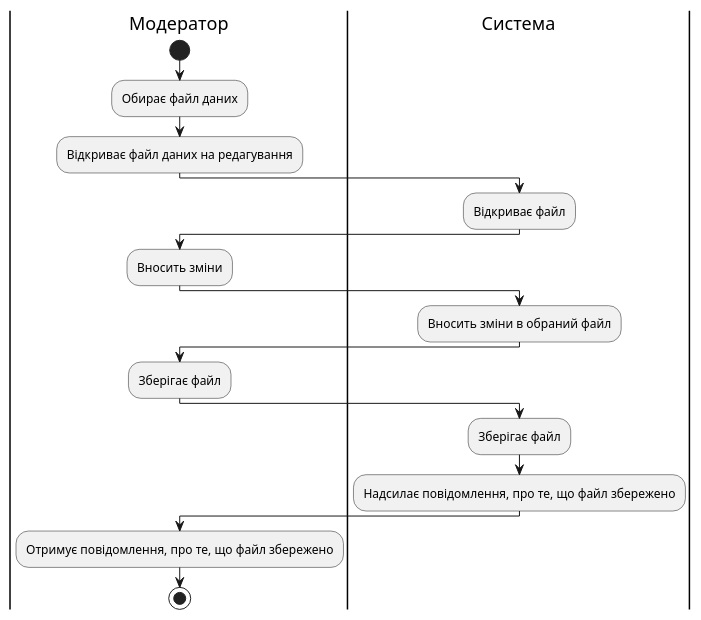
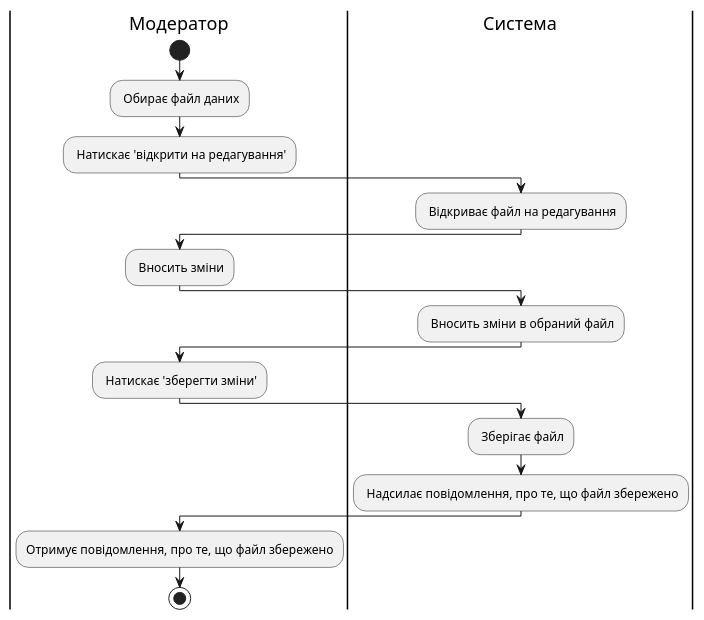
One commit to KarmazinN/db_open_data changed the diagram in src/uml/UC_5.3.puml. Above: the diagram before and after it, drawn with PlantUML.

```diff
--- a/src/uml/UC_5.3.puml
+++ b/src/uml/UC_5.3.puml
@@ -1,40 +1,40 @@
 @startuml EditAction
 
 
 
 skinparam	shadowing false
 skinparam Note {
 	BackgroundColor #f85658
 	FontColor #ffffff
 }
 
 
 
 |Модератор|
 start
-:Обирає файл даних;
-:Відкриває файл даних на редагування;
+: Обирає файл даних;
+: Натискає 'відкрити на редагування';
 
 |Система|
-:Відкриває файл;
+: Відкриває файл на редагування;
 
 |Модератор|
-:Вносить зміни;
+: Вносить зміни;
 
 |Система|
-:Вносить зміни в обраний файл;
+: Вносить зміни в обраний файл;
 
 |Модератор|
-:Зберігає файл;
+: Натискає 'зберегти зміни';
 
 |Система|
-:Зберігає файл;
-:Надсилає повідомлення, про те, що файл збережено;
+: Зберігає файл;
+: Надсилає повідомлення, про те, що файл збережено;
 
 |Модератор|
 :Отримує повідомлення, про те, що файл збережено;
 
 
 
 stop;
 @enduml
```
